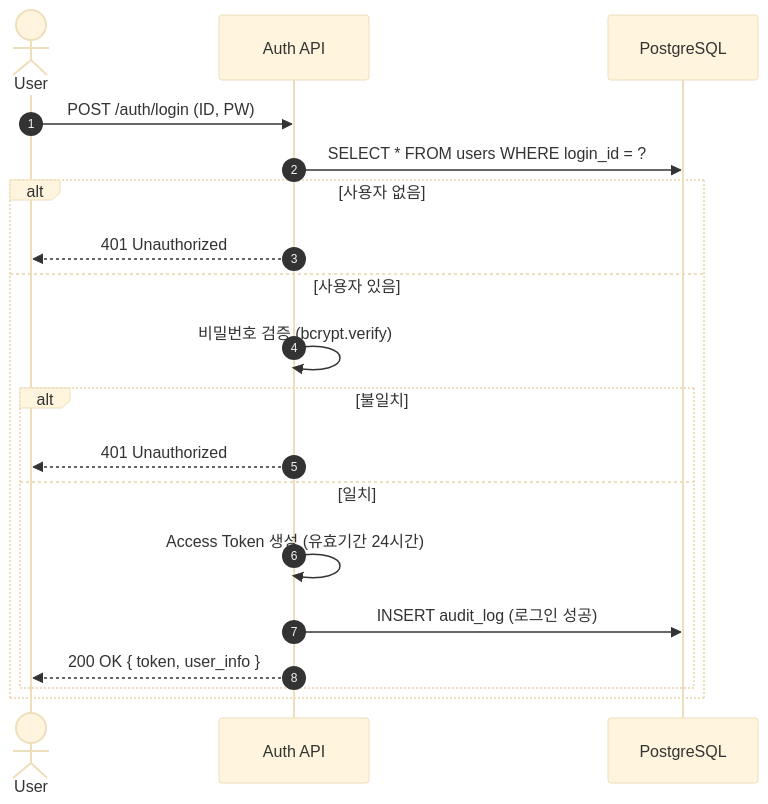
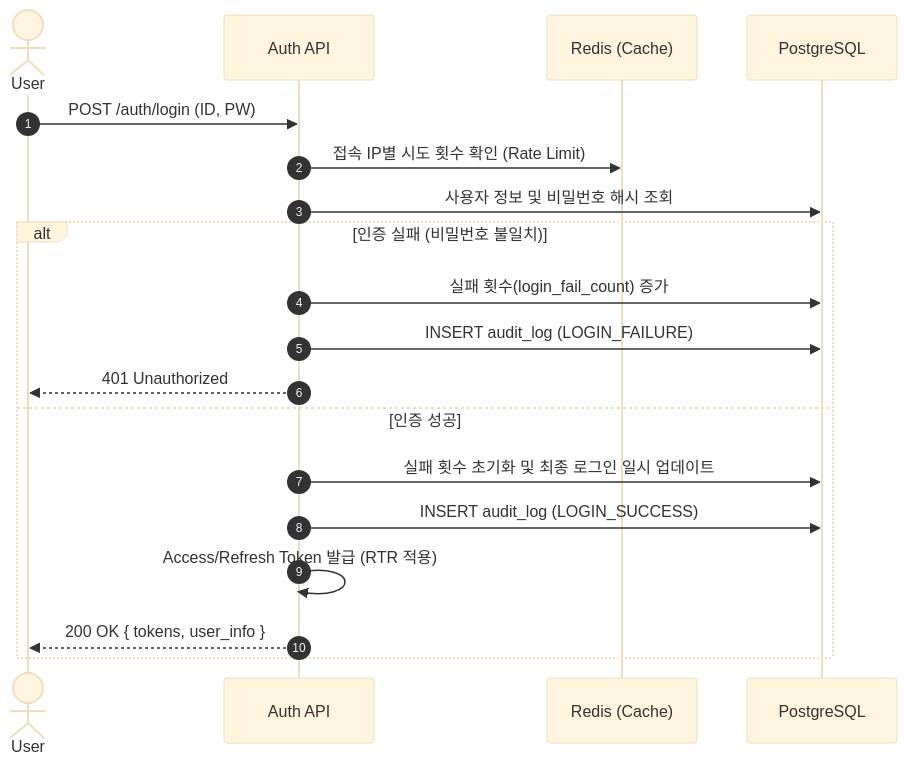
Before and after one commit to foxwood71/sfms: the first of 2 diagrams in docs/SFMS Phase 1/SFMS Phase 1 doc06 - 기능명세서.md, drawn with Mermaid (base theme). The commit also changed other lines of this file and 42 other files, not shown here.

````diff
--- a/docs/SFMS Phase 1/SFMS Phase 1 doc06 - 기능명세서.md
+++ b/docs/SFMS Phase 1/SFMS Phase 1 doc06 - 기능명세서.md
@@ -15,26 +14,24 @@
 ```mermaid
 sequenceDiagram
     autonumber
     actor User
     participant API as Auth API
+    participant Redis as Redis (Cache)
     participant DB as PostgreSQL
 
     User->>API: POST /auth/login (ID, PW)
+    API->>Redis: 접속 IP별 시도 횟수 확인 (Rate Limit)
     
-    API->>DB: SELECT * FROM users WHERE login_id = ?
+    API->>DB: 사용자 정보 및 비밀번호 해시 조회
     
-    alt 사용자 없음
+    alt 인증 실패 (비밀번호 불일치)
+        API->>DB: 실패 횟수(login_fail_count) 증가
+        API->>DB: INSERT audit_log (LOGIN_FAILURE)
         API-->>User: 401 Unauthorized
-    else 사용자 있음
-        API->>API: 비밀번호 검증 (bcrypt.verify)
-        
-        alt 불일치
-            API-->>User: 401 Unauthorized
-        else 일치
-            API->>API: Access Token 생성 (유효기간 24시간)
-            API->>DB: INSERT audit_log (로그인 성공)
-            API-->>User: 200 OK { token, user_info }
-        end
+    else 인증 성공
+        API->>DB: 실패 횟수 초기화 및 최종 로그인 일시 업데이트
+        API->>DB: INSERT audit_log (LOGIN_SUCCESS)
+        API->>API: Access/Refresh Token 발급 (RTR 적용)
+        API-->>User: 200 OK { tokens, user_info }
     end
-
 ```
````
